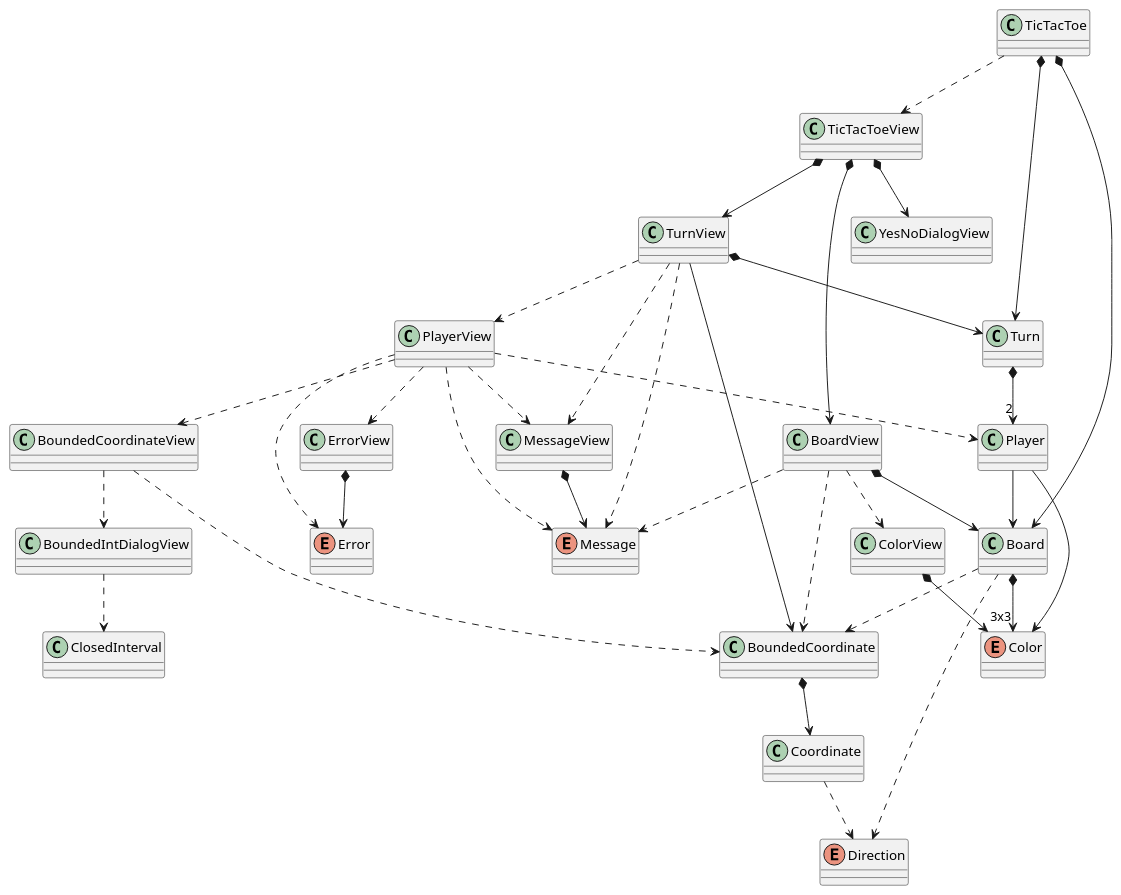
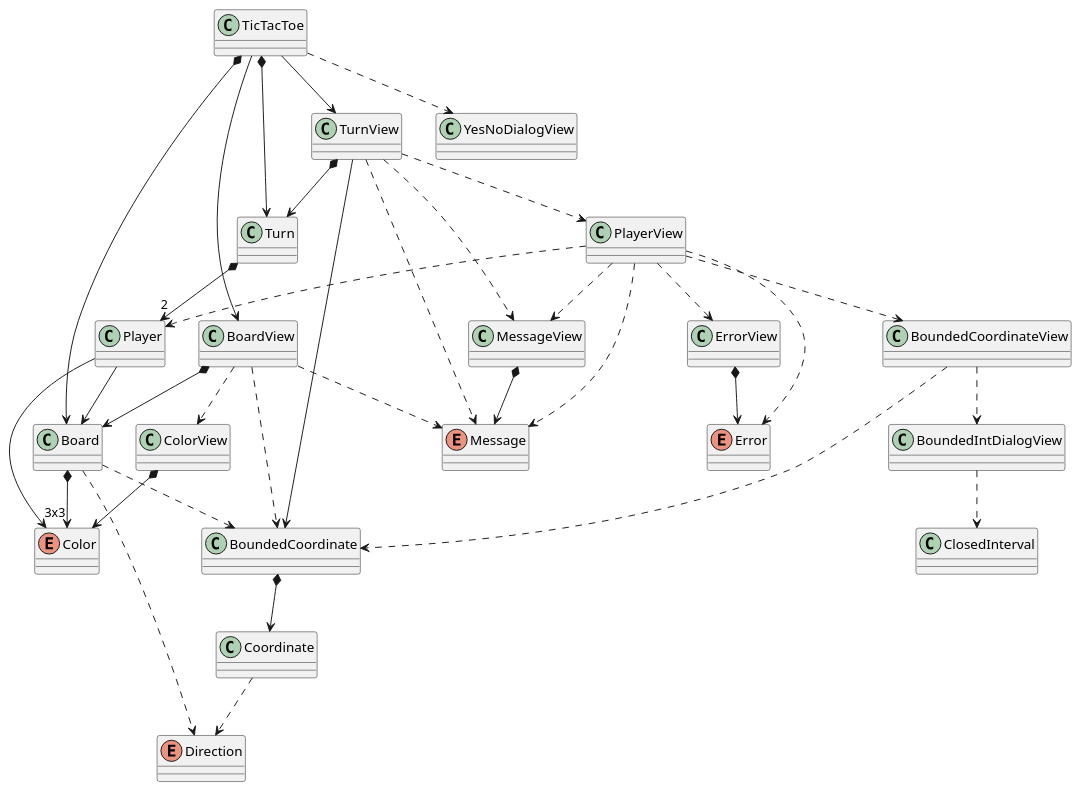
Before and after one commit to jumpering/lab-turing: the diagram in tech-java-basadoObjetos/src/es/usantatecla/tictactoe_v2/docs/classes.puml, drawn with PlantUML. The commit also changed 2 other files, not shown here.

Commit message:
delete TicTacToeView  UML

```diff
--- a/tech-java-basadoObjetos/src/es/usantatecla/tictactoe_v2/docs/classes.puml
+++ b/tech-java-basadoObjetos/src/es/usantatecla/tictactoe_v2/docs/classes.puml
@@ -166,12 +166,6 @@
 	' + {static} void main(String[])
 }
 
-class TicTacToeView {
-	' - TicTacToe ticTacToe;
-	' - TicTacToe()
-	' + {static} void main(String[])
-}
-
 class Turn {
 	' - {static} int NUMBER_PLAYERS = 2
 	' - int activePlayer
@@ -201,10 +195,9 @@
 
 TicTacToe *--> Turn
 TicTacToe *--> Board
-TicTacToe ..> TicTacToeView
-TicTacToeView *--> TurnView
-TicTacToeView *--> BoardView
-TicTacToeView *--> YesNoDialogView
+TicTacToe --> TurnView
+TicTacToe --> BoardView
+TicTacToe ..> YesNoDialogView
 TurnView *--> Turn
 TurnView --> BoundedCoordinate
 TurnView ..> MessageView
```
